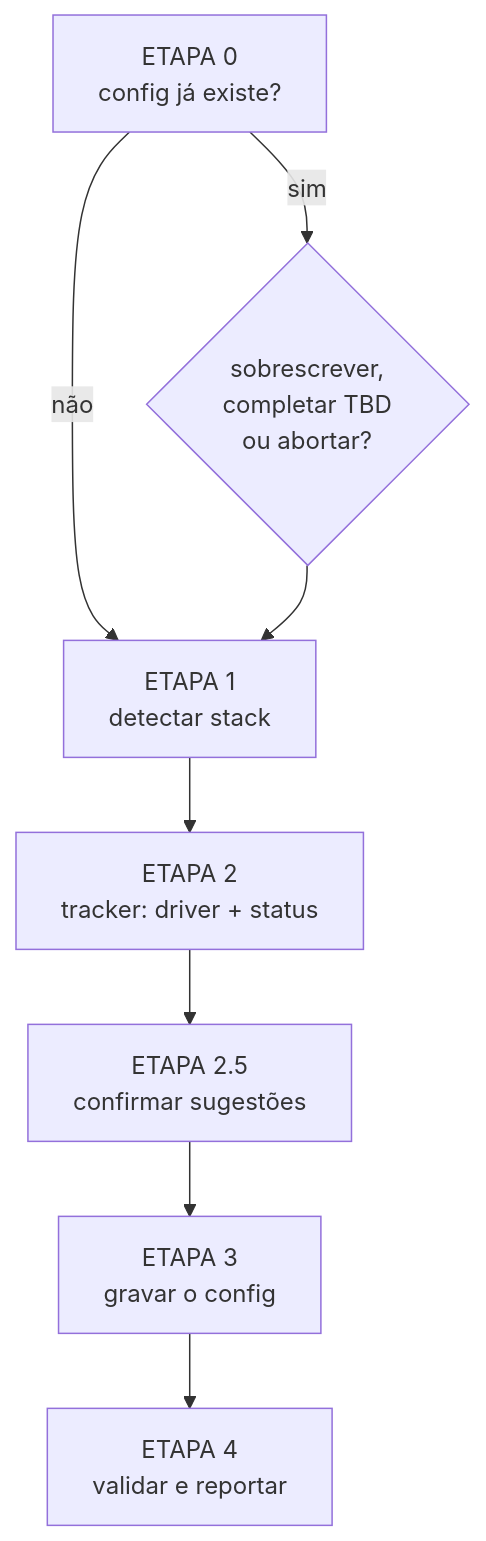
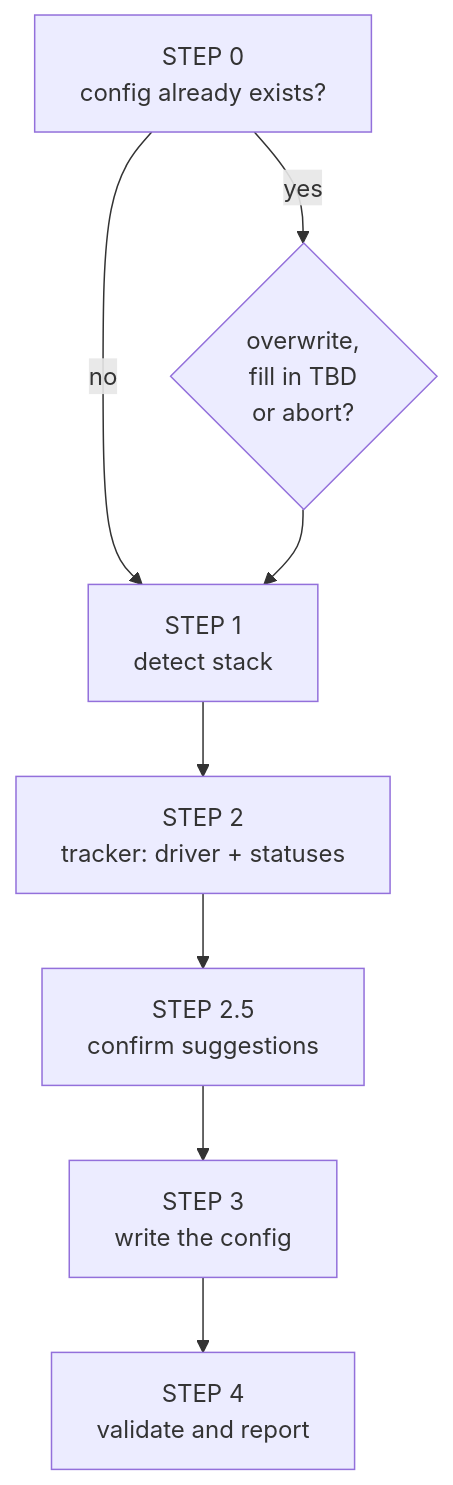
The diagram in docs/factories/init.md (correaschneider/ai-factory), drawn with Mermaid before and after one commit. The commit also changed other lines of this file and 49 other files, not shown here.

````diff
--- a/docs/factories/init.md
+++ b/docs/factories/init.md
@@ -14,10 +14,10 @@
 ```mermaid
 flowchart TD
-    A[ETAPA 0<br/>config já existe?] -->|sim| Q{sobrescrever,<br/>completar TBD<br/>ou abortar?}
-    A -->|não| B
-    Q --> B[ETAPA 1<br/>detectar stack]
-    B --> C[ETAPA 2<br/>tracker: driver + status]
-    C --> D[ETAPA 2.5<br/>confirmar sugestões]
-    D --> E[ETAPA 3<br/>gravar o config]
-    E --> F[ETAPA 4<br/>validar e reportar]
+    A[STEP 0<br/>config already exists?] -->|yes| Q{overwrite,<br/>fill in TBD<br/>or abort?}
+    A -->|no| B
+    Q --> B[STEP 1<br/>detect stack]
+    B --> C[STEP 2<br/>tracker: driver + statuses]
+    C --> D[STEP 2.5<br/>confirm suggestions]
+    D --> E[STEP 3<br/>write the config]
+    E --> F[STEP 4<br/>validate and report]
 ```
````
